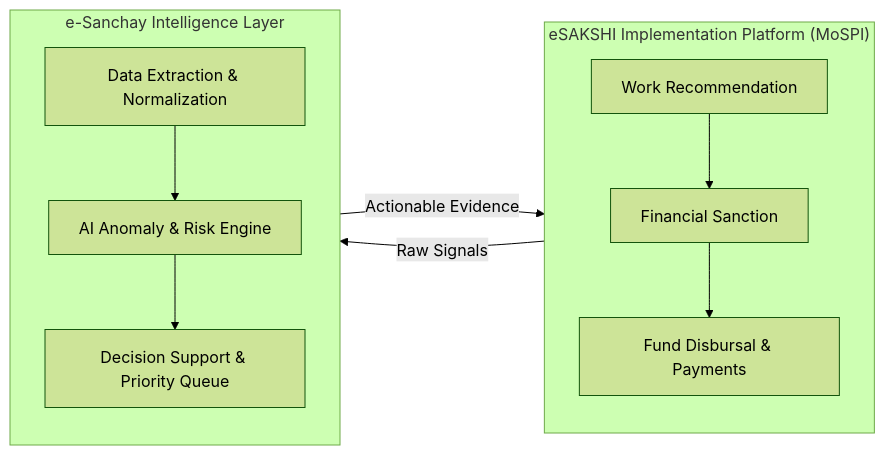
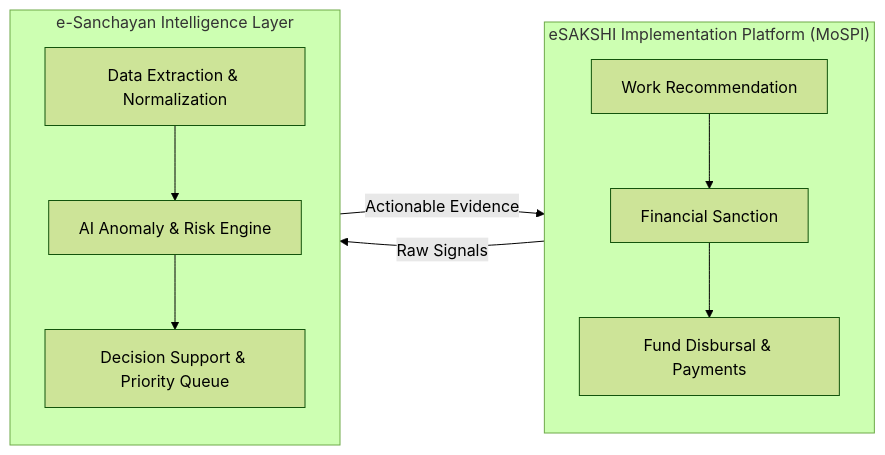
The fourth of 10 diagrams in README.md (prince7z/MPLads), drawn with Mermaid (forest theme) before and after one commit. The commit also changed other lines of this file, not shown here.

Commit message:
docs: update project name to e-Sanchayan in README

````diff
--- a/README.md
+++ b/README.md
@@ -109,15 +109,15 @@
 ```mermaid
 flowchart LR
     subgraph eSAKSHI ["eSAKSHI Implementation Platform (MoSPI)"]
         E1["Work Recommendation"] --> E2["Financial Sanction"]
         E2 --> E3["Fund Disbursal & Payments"]
     end
 
-    subgraph eSanchay ["e-Sanchay Intelligence Layer"]
+    subgraph eSanchayan ["e-Sanchayan Intelligence Layer"]
         P1["Data Extraction & Normalization"] --> P2["AI Anomaly & Risk Engine"]
         P2 --> P3["Decision Support & Priority Queue"]
     end
 
-    eSAKSHI -->|Raw Signals| eSanchay
-    eSanchay -->|Actionable Evidence| eSAKSHI
+    eSAKSHI -->|Raw Signals| eSanchayan
+    eSanchayan -->|Actionable Evidence| eSAKSHI
 ```
````
